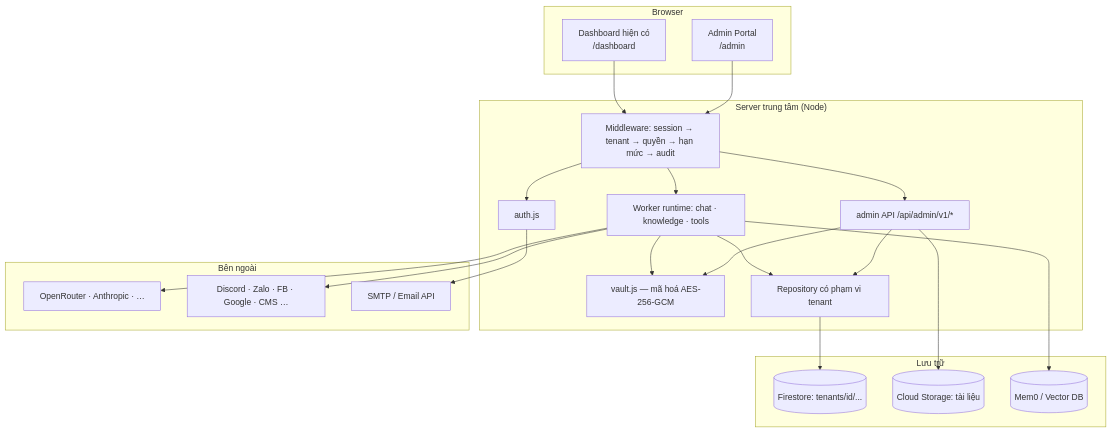
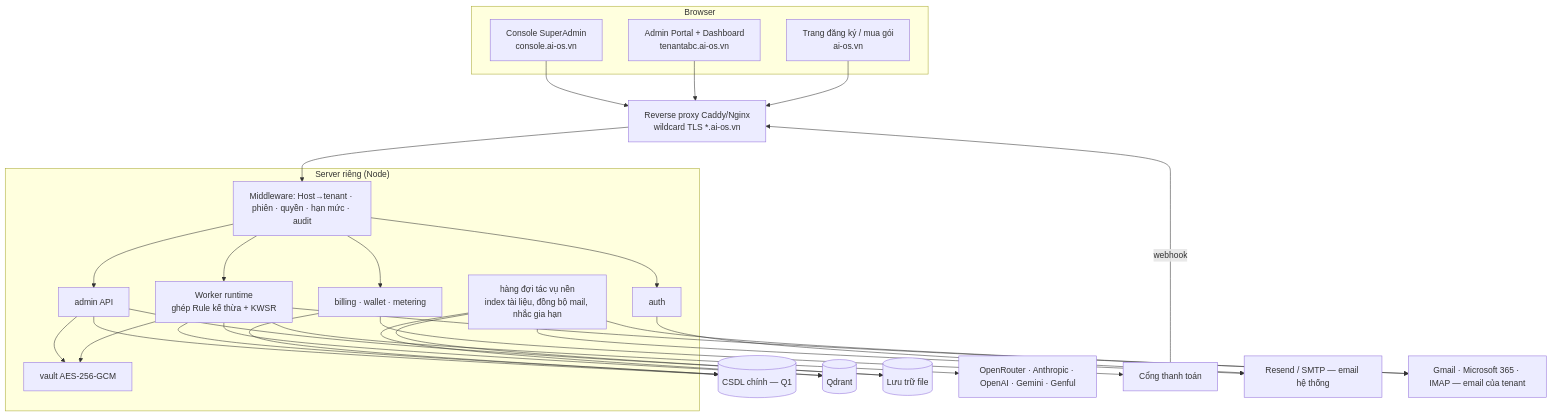
One commit to lehuutanphu/aiosv3 changed the first of 2 diagrams in docs/ADMIN_PORTAL_DESIGN.md. Above: the diagram before and after it, drawn with Mermaid. The commit also changed other lines of this file, not shown here.

First line of the commit message:
Tài liệu Admin Portal v1.0: chốt quyết định, bỏ Hermes, thêm subdomain, ngành dọc, Kho KWSR, thanh toán

````diff
--- a/docs/ADMIN_PORTAL_DESIGN.md
+++ b/docs/ADMIN_PORTAL_DESIGN.md
@@ -71,40 +126,33 @@
 ```mermaid
 graph TD
     subgraph Browser
-      A[Admin Portal<br/>/admin] 
-      D[Dashboard hiện có<br/>/dashboard]
+      C[Console SuperAdmin<br/>console.ai-os.vn]
+      P[Admin Portal + Dashboard<br/>tenantabc.ai-os.vn]
+      S[Trang đăng ký / mua gói<br/>ai-os.vn]
     end
-    subgraph "Server trung tâm (Node)"
-      MW[Middleware: session → tenant → quyền → hạn mức → audit]
-      AUTH[auth.js]
-      ADM[admin API /api/admin/v1/*]
-      RUN[Worker runtime: chat · knowledge · tools]
-      VAULT[vault.js — mã hoá AES-256-GCM]
-      REPO[Repository có phạm vi tenant]
+    RP[Reverse proxy Caddy/Nginx<br/>wildcard TLS *.ai-os.vn]
+    subgraph "Server riêng (Node)"
+      MW[Middleware: Host→tenant · phiên · quyền · hạn mức · audit]
+      AUTH[auth]
+      ADM[admin API]
+      RUN[Worker runtime<br/>ghép Rule kế thừa + KWSR]
+      BILL[billing · wallet · metering]
+      VAULT[vault AES-256-GCM]
+      JOB[hàng đợi tác vụ nền<br/>index tài liệu, đồng bộ mail, nhắc gia hạn]
     end
-    subgraph "Lưu trữ"
-      FS[(Firestore: tenants/id/...)]
-      ST[(Cloud Storage: tài liệu)]
-      MEM[(Mem0 / Vector DB)]
-    end
-    subgraph "Bên ngoài"
-      LLM[OpenRouter · Anthropic · …]
-      PLAT[Discord · Zalo · FB · Google · CMS …]
-      MAIL[SMTP / Email API]
-    end
-    A --> MW
-    D --> MW
-    MW --> AUTH
-    MW --> ADM
-    MW --> RUN
-    ADM --> REPO
-    RUN --> REPO
-    ADM --> VAULT
-    RUN --> VAULT
-    REPO --> FS
-    ADM --> ST
-    RUN --> MEM
-    RUN --> LLM
-    RUN --> PLAT
-    AUTH --> MAIL
+    DB[(CSDL chính — Q1)]
+    QD[(Qdrant)]
+    OBJ[(Lưu trữ file)]
+    LLM[OpenRouter · Anthropic · OpenAI · Gemini · Genful]
+    PAY[Cổng thanh toán]
+    MAILP[Resend / SMTP — email hệ thống]
+    MAILT[Gmail · Microsoft 365 · IMAP — email của tenant]
+    C & P & S --> RP --> MW
+    MW --> AUTH & ADM & RUN & BILL
+    ADM --> DB & OBJ & VAULT
+    RUN --> DB & QD & VAULT & LLM & MAILT
+    BILL --> DB & PAY
+    JOB --> QD & OBJ & MAILT & MAILP
+    AUTH --> MAILP
+    PAY -- webhook --> RP
 ```
````
